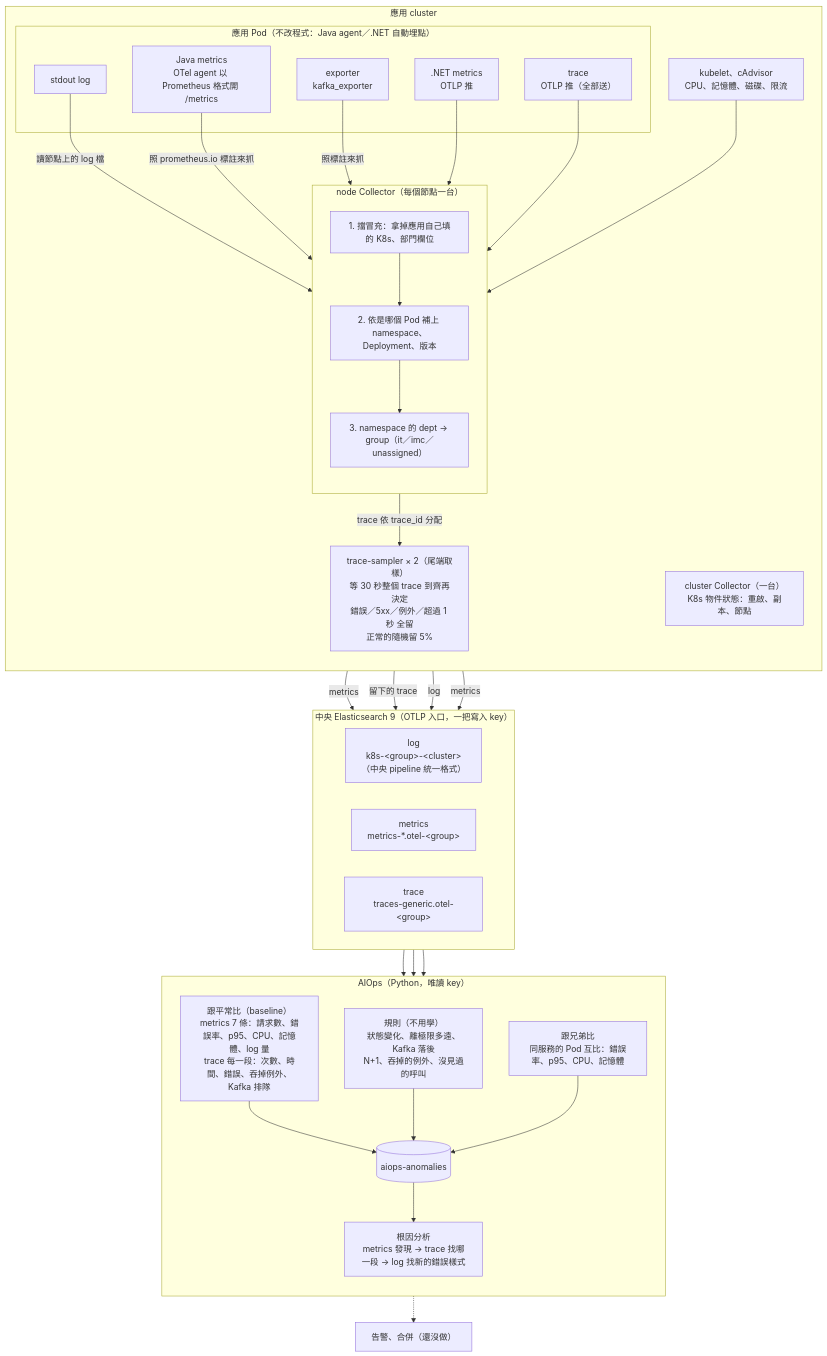
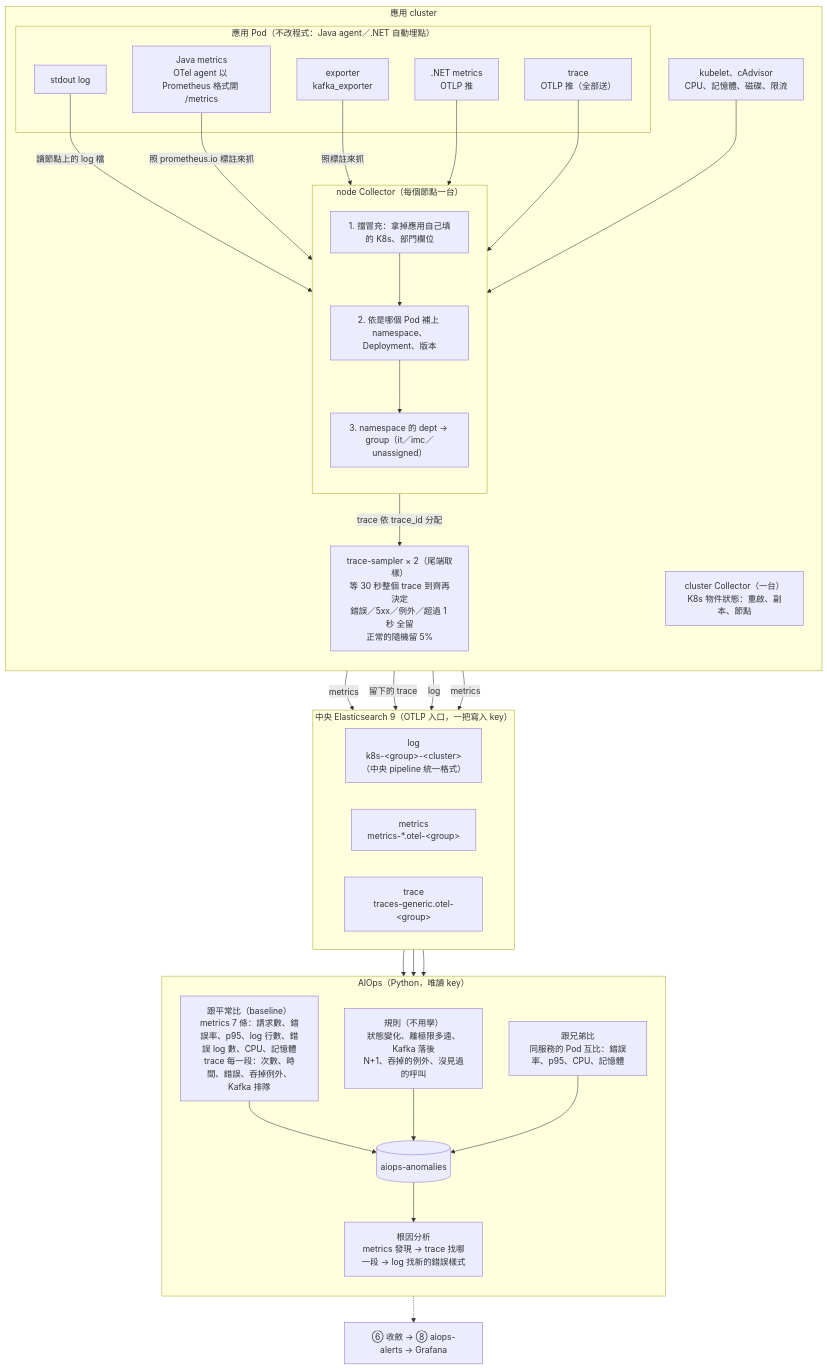
The second of 5 diagrams in docs/architecture.md (i-shuan/aiops-data-foundation), drawn with Mermaid before and after one commit. The commit also changed other lines of this file and 30 other files, not shown here.

````diff
--- a/docs/architecture.md
+++ b/docs/architecture.md
@@ -77,63 +81,63 @@
 ```mermaid
 flowchart TB
   subgraph APP["應用 cluster"]
     direction TB
     subgraph PODS["應用 Pod（不改程式：Java agent／.NET 自動埋點）"]
       LOGS["stdout log"]
       JM["Java metrics<br/>OTel agent 以 Prometheus 格式開 /metrics"]
       NM[".NET metrics<br/>OTLP 推"]
       TR["trace<br/>OTLP 推（全部送）"]
       EXP["exporter<br/>kafka_exporter"]
     end
 
     subgraph NODE["node Collector（每個節點一台）"]
       direction TB
       N1["1. 擋冒充：拿掉應用自己填的 K8s、部門欄位"]
       N2["2. 依是哪個 Pod 補上 namespace、Deployment、版本"]
       N3["3. namespace 的 dept → group（it／imc／unassigned）"]
       N1 --> N2 --> N3
     end
 
     KUBE["kubelet、cAdvisor<br/>CPU、記憶體、磁碟、限流"]
     CC["cluster Collector（一台）<br/>K8s 物件狀態：重啟、副本、節點"]
     TS["trace-sampler × 2（尾端取樣）<br/>等 30 秒整個 trace 到齊再決定<br/>錯誤／5xx／例外／超過 1 秒 全留<br/>正常的隨機留 5%"]
 
     LOGS -- 讀節點上的 log 檔 --> NODE
     JM -- 照 prometheus.io 標註來抓 --> NODE
     EXP -- 照標註來抓 --> NODE
     NM --> NODE
     TR --> NODE
     KUBE --> NODE
     NODE -- trace 依 trace_id 分配 --> TS
   end
 
   subgraph ES["中央 Elasticsearch 9（OTLP 入口，一把寫入 key）"]
     direction LR
     EL["log<br/>k8s-&lt;group&gt;-&lt;cluster&gt;<br/>（中央 pipeline 統一格式）"]
     EM["metrics<br/>metrics-*.otel-&lt;group&gt;"]
     ET["trace<br/>traces-generic.otel-&lt;group&gt;"]
   end
 
   NODE -- log --> EL
   NODE -- metrics --> EM
   CC -- metrics --> EM
   TS -- 留下的 trace --> ET
 
   subgraph AI["AIOps（Python，唯讀 key）"]
     direction TB
-    B1["跟平常比（baseline）<br/>metrics 7 條：請求數、錯誤率、p95、CPU、記憶體、log 量<br/>trace 每一段：次數、時間、錯誤、吞掉例外、Kafka 排隊"]
+    B1["跟平常比（baseline）<br/>metrics 7 條：請求數、錯誤率、p95、log 行數、錯誤 log 數、CPU、記憶體<br/>trace 每一段：次數、時間、錯誤、吞掉例外、Kafka 排隊"]
     B2["規則（不用學）<br/>狀態變化、離極限多遠、Kafka 落後<br/>N+1、吞掉的例外、沒見過的呼叫"]
     B3["跟兄弟比<br/>同服務的 Pod 互比：錯誤率、p95、CPU、記憶體"]
     RCA["根因分析<br/>metrics 發現 → trace 找哪一段 → log 找新的錯誤樣式"]
     AN[("aiops-anomalies")]
     B1 --> AN
     B2 --> AN
     B3 --> AN
     AN --> RCA
   end
 
   EL --> AI
   EM --> AI
   ET --> AI
-  AN -.-> OUT["告警、合併（還沒做）"]
+  AN -.-> OUT["⑥ 收斂 → ⑧ aiops-alerts → Grafana"]
 ```
````
